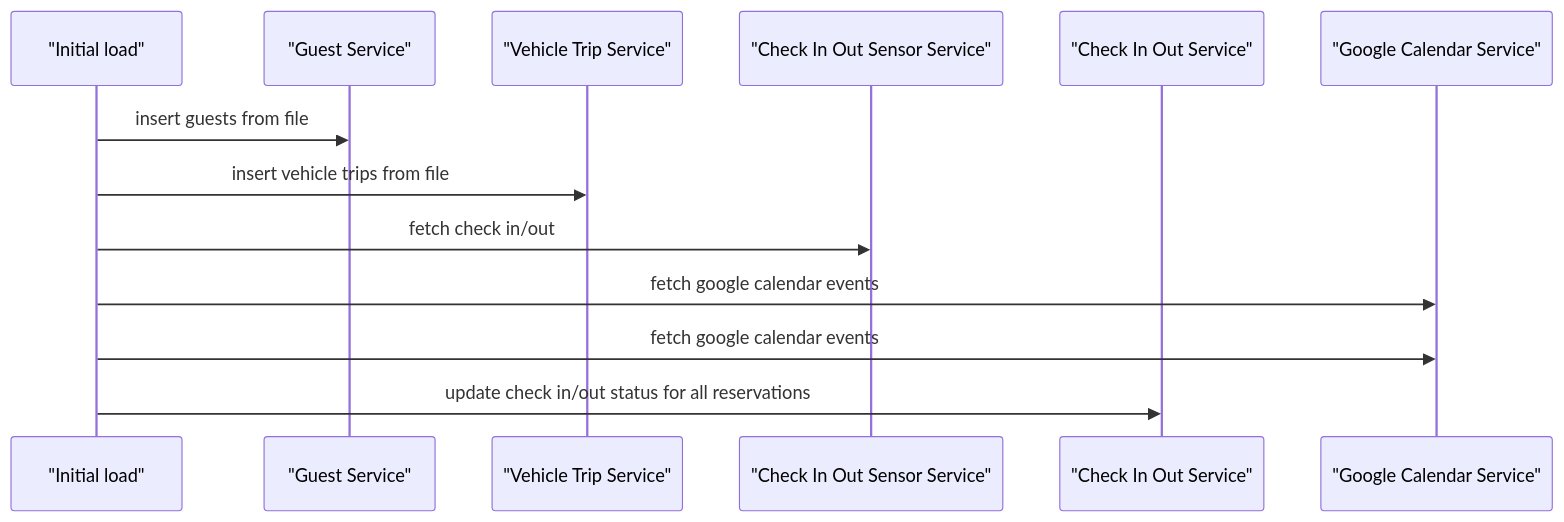
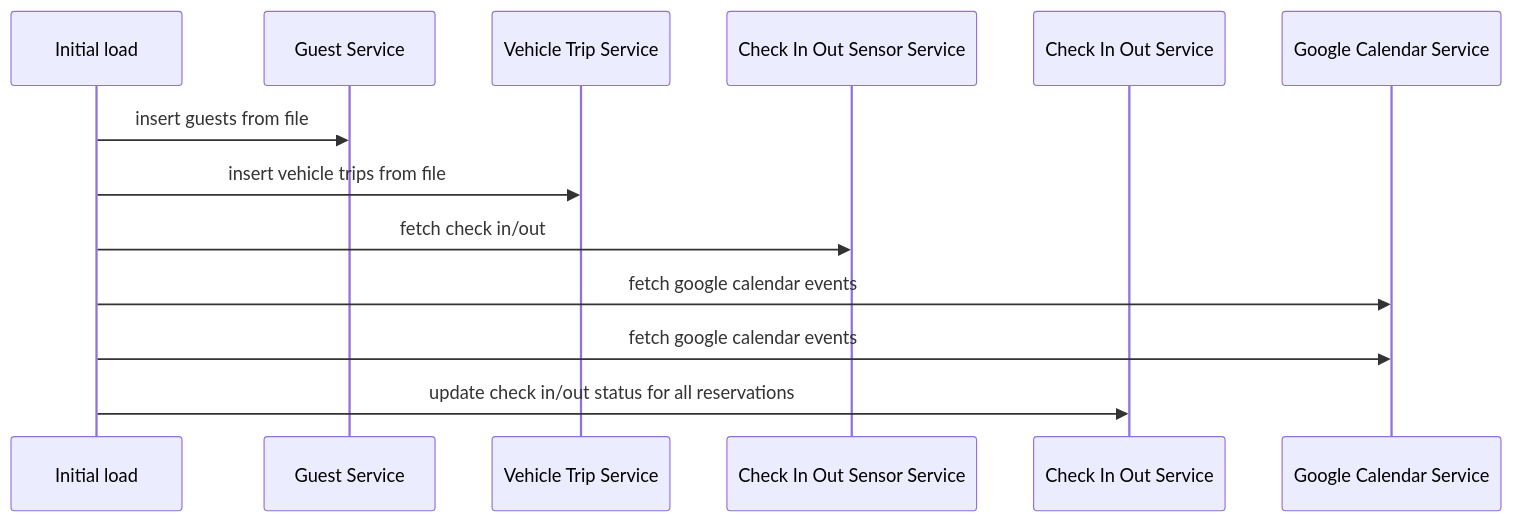
One commit to ismarslomic/cabin-visits-kotlin changed the first of 2 diagrams in docs/solution_architecture.md. Above: the diagram before and after it, drawn with Mermaid. The commit also changed other lines of this file, not shown here.

Commit message:
docs(architecture): remove quotes in names

````diff
--- a/docs/solution_architecture.md
+++ b/docs/solution_architecture.md
@@ -3,16 +3,16 @@
 ```mermaid
 sequenceDiagram
-    participant InitialLoad as "Initial load"
-    participant GuestService as "Guest Service"
-    participant VehicleTripService as "Vehicle Trip Service"
-    participant CheckInOutSensorService as "Check In Out Sensor Service"
-    participant CheckInOutService as "Check In Out Service"
-    participant GoogleCalendarService as "Google Calendar Service"
+    participant InitialLoad as Initial load
+    participant GuestService as Guest Service
+    participant VehicleTripService as Vehicle Trip Service
+    participant CheckInOutSensorService as Check In Out Sensor Service
+    participant CheckInOutService as Check In Out Service
+    participant GoogleCalendarService as Google Calendar Service
 
     InitialLoad->>GuestService: insert guests from file
     InitialLoad->>VehicleTripService: insert vehicle trips from file
     InitialLoad->>CheckInOutSensorService: fetch check in/out
     InitialLoad->>GoogleCalendarService: fetch google calendar events
     InitialLoad->>GoogleCalendarService: fetch google calendar events
     InitialLoad->>CheckInOutService: update check in/out status for all reservations
 ```
````
